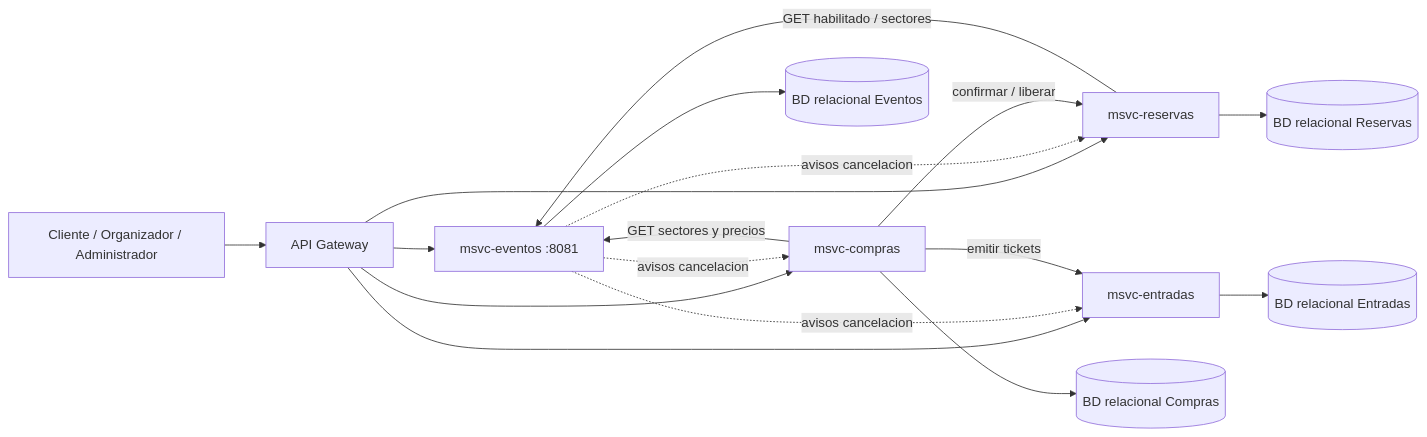
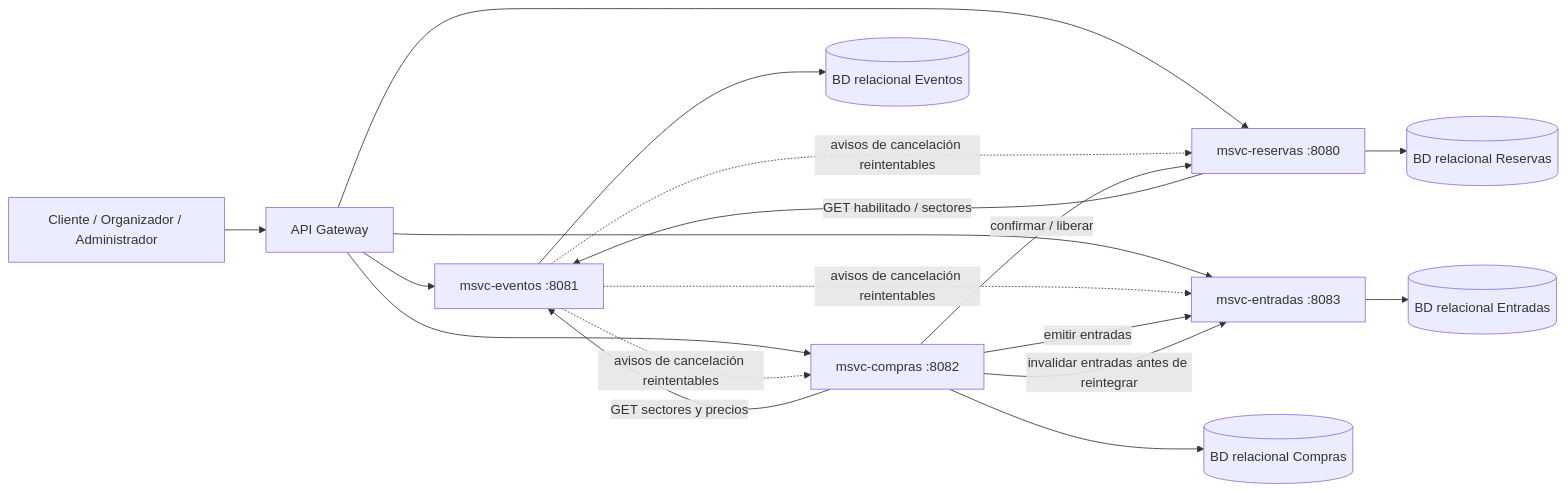
Before and after one commit to LuliDiNucci/arquitecturasGrupo12: the first of 3 diagrams in TPE-micro1/msvc-eventosylugares/docs/02-ARQUITECTURA-Y-DIAGRAMAS.md, drawn with Mermaid. The commit also changed other lines of this file and 6 other files, not shown here.

Commit message:
referencias de integracion msvc eventos y lugares y readme reserva

````diff
--- a/TPE-micro1/msvc-eventosylugares/docs/02-ARQUITECTURA-Y-DIAGRAMAS.md
+++ b/TPE-micro1/msvc-eventosylugares/docs/02-ARQUITECTURA-Y-DIAGRAMAS.md
@@ -5,19 +5,24 @@
 ```mermaid
 flowchart LR
   Cliente[Cliente / Organizador / Administrador] --> Gateway[API Gateway]
   Gateway --> Eventos[msvc-eventos :8081]
-  Gateway --> Reservas[msvc-reservas]
-  Gateway --> Compras[msvc-compras]
-  Gateway --> Entradas[msvc-entradas]
+  Gateway --> Reservas[msvc-reservas :8080]
+  Gateway --> Compras[msvc-compras :8082]
+  Gateway --> Entradas[msvc-entradas :8083]
+
   Eventos --> DBE[(BD relacional Eventos)]
   Reservas --> DBR[(BD relacional Reservas)]
   Compras --> DBC[(BD relacional Compras)]
   Entradas --> DBT[(BD relacional Entradas)]
+
   Reservas -- GET habilitado / sectores --> Eventos
   Compras -- GET sectores y precios --> Eventos
-  Eventos -. avisos cancelacion .-> Reservas
-  Eventos -. avisos cancelacion .-> Compras
-  Eventos -. avisos cancelacion .-> Entradas
+
+  Eventos -. avisos de cancelación reintentables .-> Reservas
+  Eventos -. avisos de cancelación reintentables .-> Entradas
+  Eventos -. avisos de cancelación reintentables .-> Compras
+
   Compras -- confirmar / liberar --> Reservas
-  Compras -- emitir tickets --> Entradas
+  Compras -- emitir entradas --> Entradas
+  Compras -- invalidar entradas antes de reintegrar --> Entradas
 ```
````
